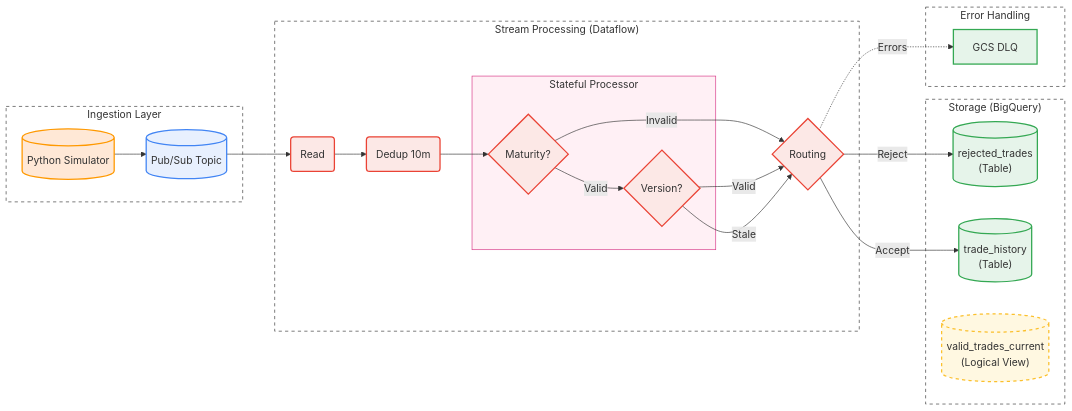
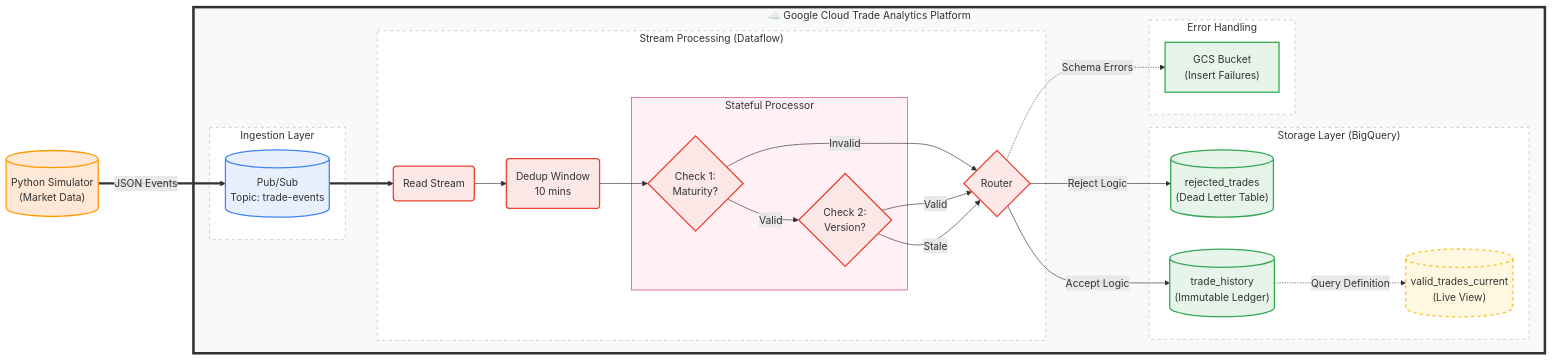
Before and after one commit to back2avinash/Tradeanalytics: the diagram in README.md, drawn with Mermaid. The commit also changed other lines of this file, not shown here.

````diff
--- a/README.md
+++ b/README.md
@@ -101,68 +11,78 @@
 ```mermaid
 graph LR
     %% --- STYLES ---
     classDef gcp fill:#e8f0fe,stroke:#4285f4,stroke-width:2px;
     classDef py fill:#ffe8d6,stroke:#ff9900,stroke-width:2px;
     classDef storage fill:#e6f4ea,stroke:#34a853,stroke-width:2px;
     classDef logic fill:#fce8e6,stroke:#ea4335,stroke-width:2px;
     classDef view fill:#fff8e1,stroke:#fbc02d,stroke-width:2px,stroke-dasharray: 5 5;
 
-    %% --- 1. INGESTION LAYER ---
-    subgraph Ingestion ["Ingestion Layer"]
-        style Ingestion fill:#fff,stroke:#333,stroke-dasharray: 5 5
-        Sim[("Python Simulator")]:::py
-        PubSub[("Pub/Sub Topic")]:::gcp
-    end
+    %% --- EXTERNAL SOURCE ---
+    Sim[("Python Simulator<br/>(Market Data)")]:::py
 
-    %% --- 2. PROCESSING LAYER (DATAFLOW) ---
-    subgraph Processing ["Stream Processing (Dataflow)"]
-        style Processing fill:#fff,stroke:#333,stroke-dasharray: 5 5
+    %% --- MAIN SYSTEM BOUNDARY ---
+    subgraph Platform ["☁️ Google Cloud Trade Analytics Platform"]
+        style Platform fill:#f9f9f9,stroke:#333,stroke-width:4px
         
-        Read(Read):::logic
-        Dedup(Dedup 10m):::logic
-        
-        subgraph StatefulProcessor ["Stateful Processor"]
-            style StatefulProcessor fill:#fff0f5,stroke:#d63384
-            CheckMaturity{Maturity?}:::logic
-            CheckVersion{Version?}:::logic
+        %% 1. INGESTION
+        subgraph Ingestion ["Ingestion Layer"]
+            style Ingestion fill:#fff,stroke:#bbb,stroke-dasharray: 5 5
+            PubSub[("Pub/Sub<br/>Topic: trade-events")]:::gcp
         end
-        
-        Split{Routing}:::logic
-    end
 
-    %% --- 3. STORAGE LAYER (BIGQUERY) ---
-    subgraph Storage ["Storage (BigQuery)"]
-        style Storage fill:#fff,stroke:#333,stroke-dasharray: 5 5
-        
-        RejectTable[("rejected_trades<br/>(Table)")]:::storage
-        HistTable[("trade_history<br/>(Table)")]:::storage
-        
-        %% The View Logic
-        CurrentView[("valid_trades_current<br/>(Logical View)")]:::view
-    end
+        %% 2. PROCESSING
+        subgraph Processing ["Stream Processing (Dataflow)"]
+            style Processing fill:#fff,stroke:#bbb,stroke-dasharray: 5 5
+            
+            Read(Read Stream):::logic
+            Dedup(Dedup Window<br/>10 mins):::logic
+            
+            subgraph StatefulProcessor ["Stateful Processor"]
+                style StatefulProcessor fill:#fff0f5,stroke:#d63384
+                CheckMaturity{Check 1:<br/>Maturity?}:::logic
+                CheckVersion{Check 2:<br/>Version?}:::logic
+            end
+            
+            Split{Router}:::logic
+        end
 
-    %% --- 4. ERROR HANDLING ---
-    subgraph GCS ["Error Handling"]
-        style GCS fill:#fff,stroke:#333,stroke-dasharray: 5 5
-        DLQ_Files["GCS DLQ"]:::storage
+        %% 3. STORAGE
+        subgraph Storage ["Storage Layer (BigQuery)"]
+            style Storage fill:#fff,stroke:#bbb,stroke-dasharray: 5 5
+            
+            RejectTable[("rejected_trades<br/>(Dead Letter Table)")]:::storage
+            HistTable[("trade_history<br/>(Immutable Ledger)")]:::storage
+            
+            %% View
+            CurrentView[("valid_trades_current<br/>(Live View)")]:::view
+        end
+
+        %% 4. ERROR HANDLING
+        subgraph GCS ["Error Handling"]
+            style GCS fill:#fff,stroke:#bbb,stroke-dasharray: 5 5
+            DLQ_Files["GCS Bucket<br/>(Insert Failures)"]:::storage
+        end
     end
 
     %% --- CONNECTIONS ---
-    Sim --> PubSub
-    PubSub --> Read
+    Sim ==>|JSON Events| PubSub
+    PubSub ==> Read
     Read --> Dedup
     Dedup --> CheckMaturity
 
-    %% Logic Flow
+    %% Processor Logic
     CheckMaturity -->|Valid| CheckVersion
     CheckMaturity -->|Invalid| Split
     CheckVersion -->|Valid| Split
     CheckVersion -->|Stale| Split
 
     %% Routing
-    Split -->|Reject| RejectTable
-    Split -->|Accept| HistTable
+    Split -->|Reject Logic| RejectTable
+    Split -->|Accept Logic| HistTable
     
-    %% Error Off-loading
-    Split -.->|Errors| DLQ_Files
+    %% Error Path
+    Split -.->|Schema Errors| DLQ_Files
+    
+    %% View Logic
+    HistTable -.->|Query Definition| CurrentView
 ```
````
